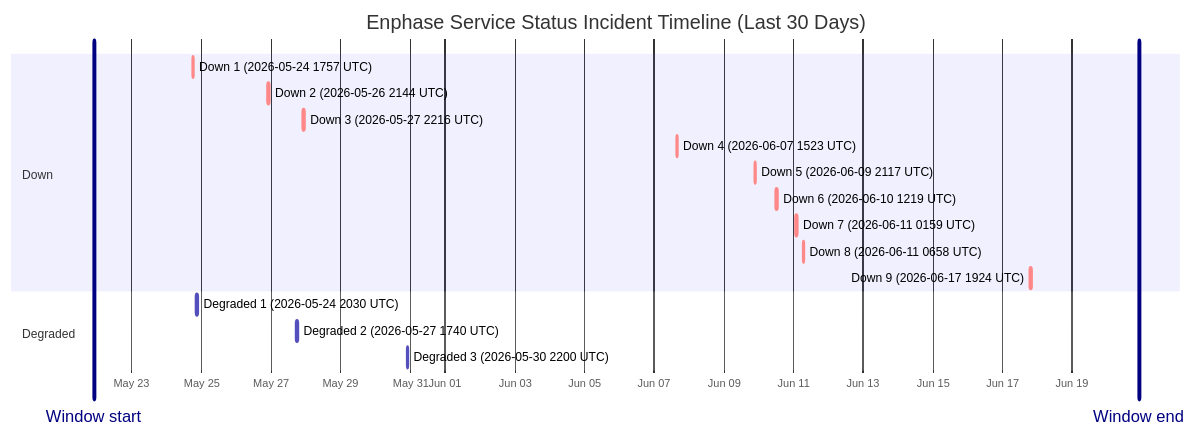
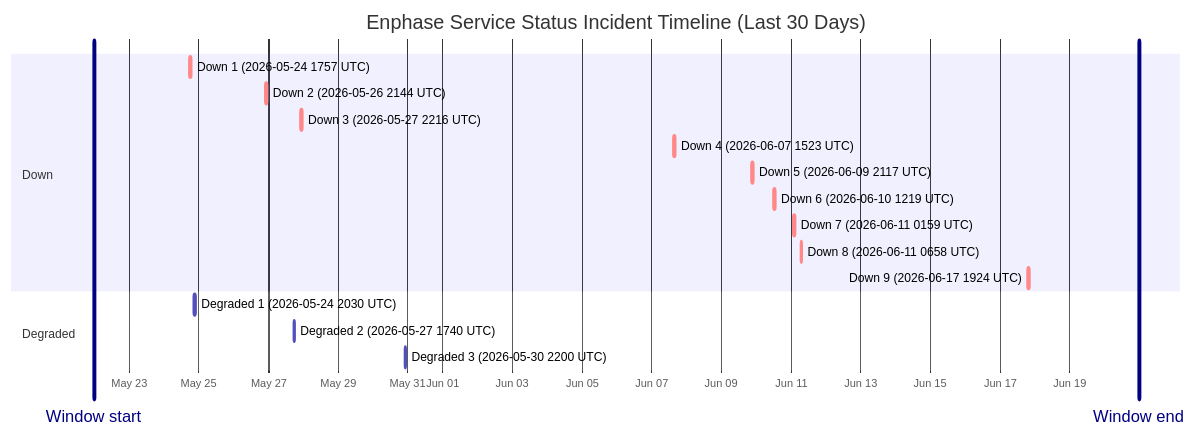
Before and after one commit to barneyonline/ha-enphase-energy: the diagram in wiki/Service-Status-History.md, drawn with Mermaid. The commit also changed other lines of this file and 3 other files, not shown here.

````diff
--- a/wiki/Service-Status-History.md
+++ b/wiki/Service-Status-History.md
@@ -14,22 +14,22 @@
 ```mermaid
 gantt
     title Enphase Service Status Incident Timeline (Last 30 Days)
     dateFormat  YYYY-MM-DDTHH:mm:ss
     axisFormat  %b %d
-    Window start :vert, window-start, 2026-05-21T22:04:55, 0ms
-    Window end :vert, window-end, 2026-06-20T22:04:55, 0ms
+    Window start :vert, window-start, 2026-05-21T23:44:21, 0ms
+    Window end :vert, window-end, 2026-06-20T23:44:21, 0ms
     section Down
     Down 1 (2026-05-24 1757 UTC) :crit, down-1, 2026-05-24T17:57:41, 86m
     Down 2 (2026-05-26 2144 UTC) :crit, down-2, 2026-05-26T21:44:11, 85m
     Down 3 (2026-05-27 2216 UTC) :crit, down-3, 2026-05-27T22:16:53, 87m
     Down 4 (2026-06-07 1523 UTC) :crit, down-4, 2026-06-07T15:23:22, 87m
     Down 5 (2026-06-09 2117 UTC) :crit, down-5, 2026-06-09T21:17:17, 60m
     Down 6 (2026-06-10 1219 UTC) :crit, down-6, 2026-06-10T12:19:21, 60m
     Down 7 (2026-06-11 0159 UTC) :crit, down-7, 2026-06-11T01:59:36, 60m
     Down 8 (2026-06-11 0658 UTC) :crit, down-8, 2026-06-11T06:58:45, 60m
     Down 9 (2026-06-17 1924 UTC) :crit, down-9, 2026-06-17T19:24:51, 60m
     section Degraded
     Degraded 1 (2026-05-24 2030 UTC) :active, degraded-1, 2026-05-24T20:30:57, 84m
     Degraded 2 (2026-05-27 1740 UTC) :active, degraded-2, 2026-05-27T17:40:52, 60m
     Degraded 3 (2026-05-30 2200 UTC) :active, degraded-3, 2026-05-30T22:00:37, 60m
 ```
````
